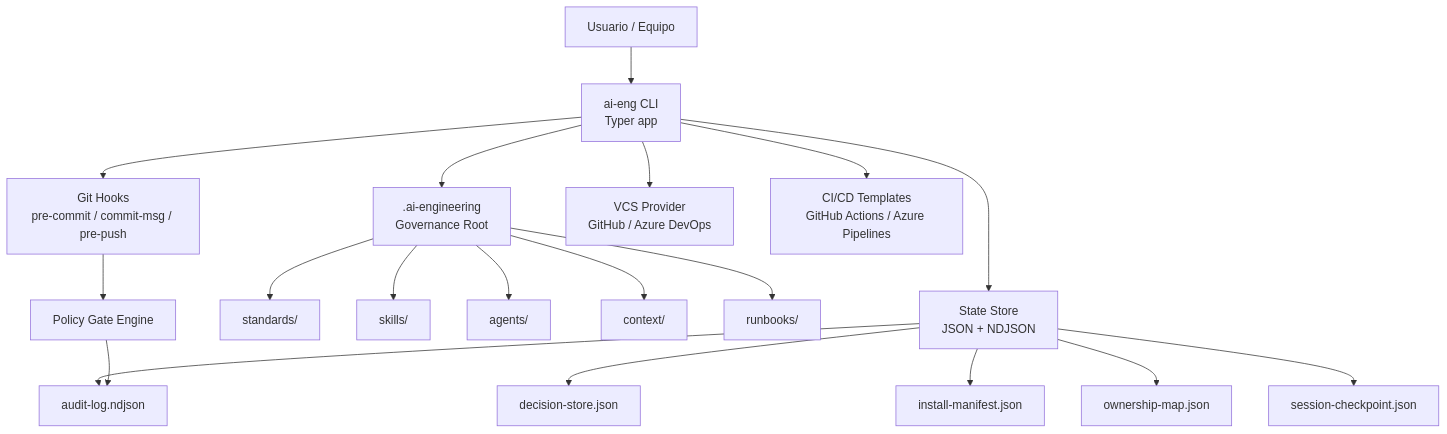
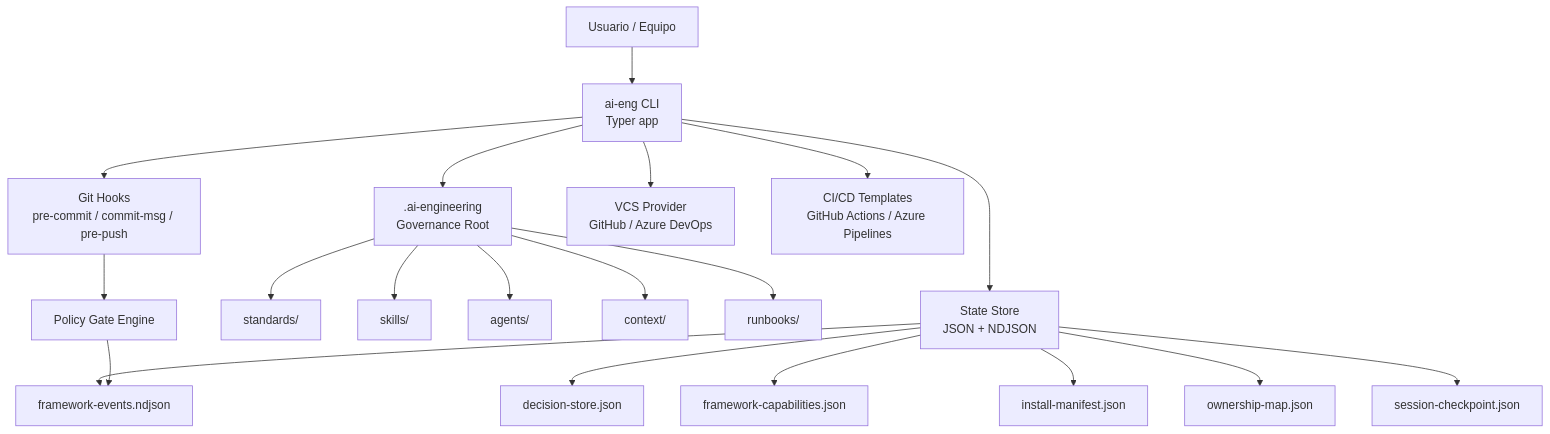
One commit to arcasilesgroup/ai-engineering changed the first of 6 diagrams in docs/ai-engineering-auditoria-diagramas.md. Above: the diagram before and after it, drawn with Mermaid. The commit also changed other lines of this file and 679 other files, not shown here.

````diff
--- a/docs/ai-engineering-auditoria-diagramas.md
+++ b/docs/ai-engineering-auditoria-diagramas.md
@@ -40,24 +42,25 @@
 ```mermaid
 flowchart TB
     U[Usuario / Equipo] --> CLI[ai-eng CLI\nTyper app]
     CLI --> GOV[.ai-engineering\nGovernance Root]
     CLI --> HOOKS[Git Hooks\npre-commit / commit-msg / pre-push]
     CLI --> STATE[State Store\nJSON + NDJSON]
     CLI --> VCS[VCS Provider\nGitHub / Azure DevOps]
     CLI --> PIPE[CI/CD Templates\nGitHub Actions / Azure Pipelines]
 
     GOV --> STANDARDS[standards/]
     GOV --> SKILLS[skills/]
     GOV --> AGENTS[agents/]
     GOV --> CONTEXT[context/]
     GOV --> RBS[runbooks/]
 
     STATE --> DS[decision-store.json]
-    STATE --> AUDIT[audit-log.ndjson]
+    STATE --> AUDIT[framework-events.ndjson]
+    STATE --> CAPS[framework-capabilities.json]
     STATE --> MANIFEST[install-manifest.json]
     STATE --> OWN[ownership-map.json]
     STATE --> CHECK[session-checkpoint.json]
 
     HOOKS --> GATES[Policy Gate Engine]
     GATES --> AUDIT
 ```
````
